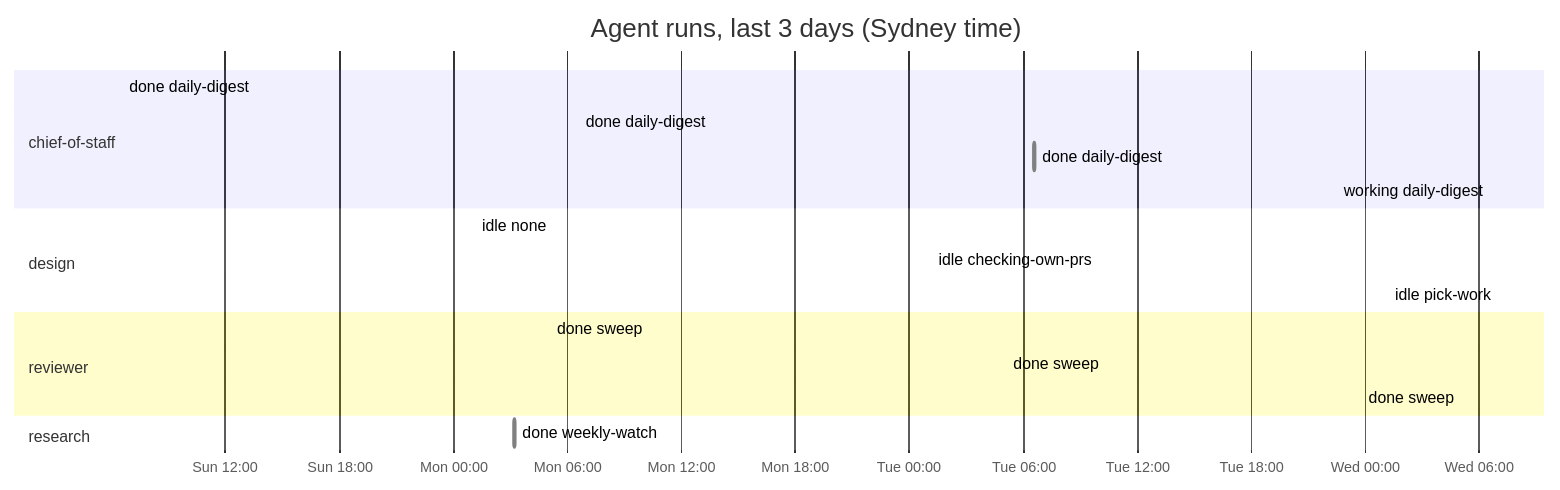
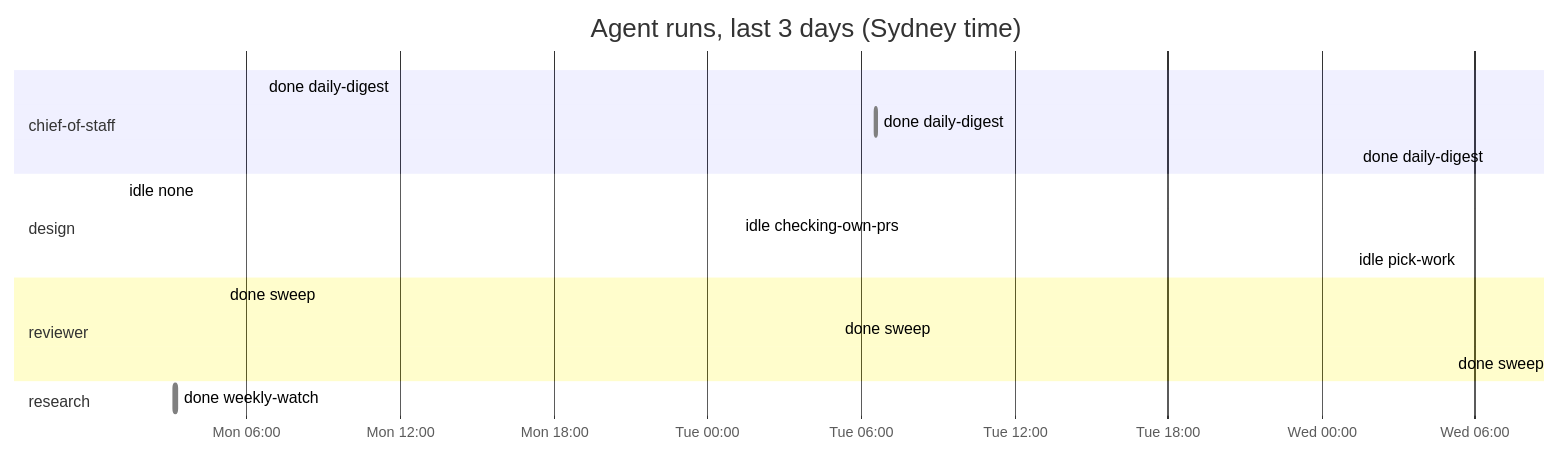
The diagram in dashboard.md (roulmediateam-byte/fifteen-expert-hq), drawn with Mermaid before and after one commit. The commit also changed other lines of this file and 1 other file, not shown here.

````diff
--- a/dashboard.md
+++ b/dashboard.md
@@ -44,21 +45,20 @@
 ```mermaid
 gantt
     title Agent runs, last 3 days (Sydney time)
     dateFormat YYYY-MM-DD HH:mm
     axisFormat %a %H:%M
     section chief-of-staff
-    done daily-digest :done, 2026-11-15 06:35, 2026-11-15 06:36
     done daily-digest :done, 2026-11-16 06:35, 2026-11-16 06:36
     done daily-digest :done, 2026-11-17 06:35, 2026-11-17 06:36
-    working daily-digest :active, 2026-11-18 06:35, 2026-11-18 06:35
+    done daily-digest :done, 2026-11-18 06:35, 2026-11-18 06:36
     section design
     idle none :done, 2026-11-16 01:08, 2026-11-16 01:08
     idle checking-own-prs :done, 2026-11-17 01:12, 2026-11-17 01:12
     idle pick-work :done, 2026-11-18 01:11, 2026-11-18 01:11
     section reviewer
     done sweep :done, 2026-11-16 05:05, 2026-11-16 05:06
     done sweep :done, 2026-11-17 05:05, 2026-11-17 05:05
     done sweep :done, 2026-11-18 05:04, 2026-11-18 05:05
     section research
     done weekly-watch :done, 2026-11-16 03:10, 2026-11-16 03:17
 ```
````
